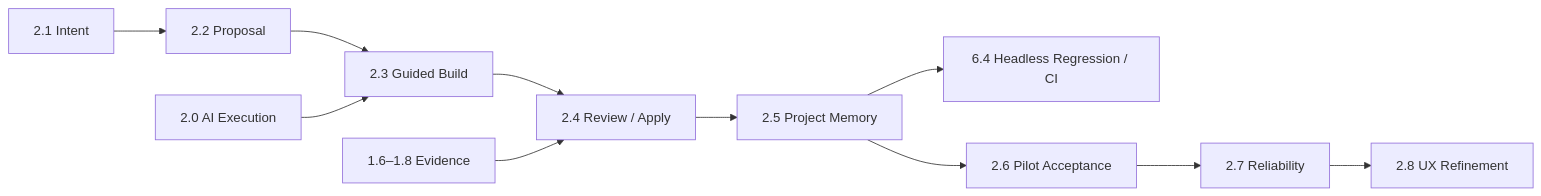
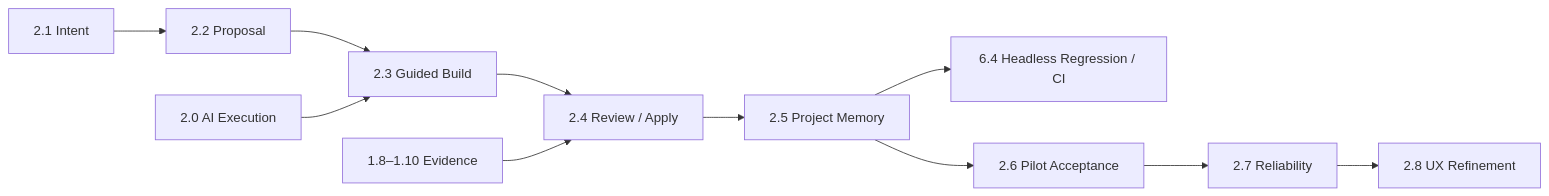
The second of 2 diagrams in DEVELOPMENT_PLAN.md (StayHomeLabNet/onigiri-harness), drawn with Mermaid before and after one commit. The commit also changed other lines of this file, not shown here.

````diff
--- a/DEVELOPMENT_PLAN.md
+++ b/DEVELOPMENT_PLAN.md
@@ -254,8 +254,8 @@
 ```mermaid
 flowchart LR
     I[2.1 Intent] --> P[2.2 Proposal] --> B[2.3 Guided Build] --> R[2.4 Review / Apply] --> M[2.5 Project Memory]
-    E[1.6–1.8 Evidence] --> R
+    E[1.8–1.10 Evidence] --> R
     A[2.0 AI Execution] --> B
     M --> C[6.4 Headless Regression / CI]
     M --> V[2.6 Pilot Acceptance] --> H[2.7 Reliability] --> U[2.8 UX Refinement]
 ```
````
